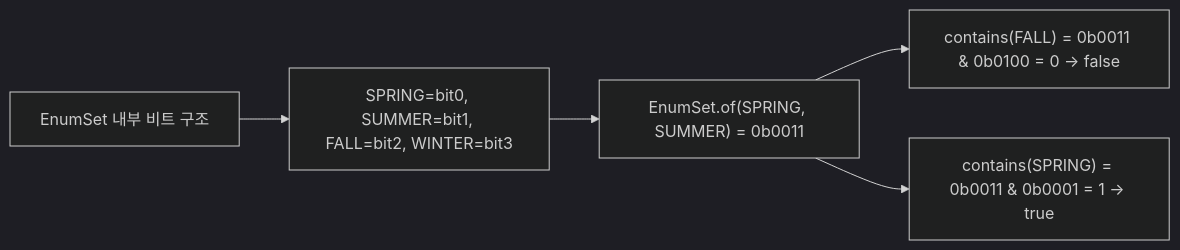
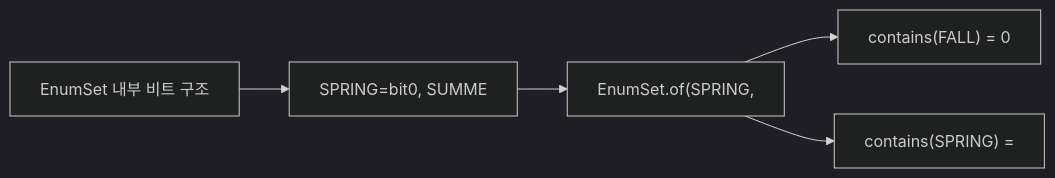
Before and after one commit to yjkim2015/yjkim2015.github.io: the second of 4 diagrams in _posts/java/2026-05-01-java-enum.md, drawn with Mermaid (dark theme). The commit also changed other lines of this file and 271 other files, not shown here.

First line of the commit message:
Mermaid 라벨 축소: 긴 노드 텍스트 18자 이하로 트림 + \n 제거

````diff
--- a/_posts/java/2026-05-01-java-enum.md
+++ b/_posts/java/2026-05-01-java-enum.md
@@ -442,7 +442,7 @@
 ```mermaid
 graph LR
-    A["EnumSet 내부 비트 구조"] --> B["SPRING=bit0, SUMMER=bit1, FALL=bit2, WINTER=bit3"]
-    B --> C["EnumSet.of(SPRING, SUMMER) = 0b0011"]
-    C --> D["contains(FALL) = 0b0011 & 0b0100 = 0 → false"]
-    C --> E["contains(SPRING) = 0b0011 & 0b0001 = 1 → true"]
+    A["EnumSet 내부 비트 구조"] --> B["SPRING=bit0, SUMME"]
+    B --> C["EnumSet.of(SPRING,"]
+    C --> D["contains(FALL) = 0"]
+    C --> E["contains(SPRING) ="]
 ```
````
